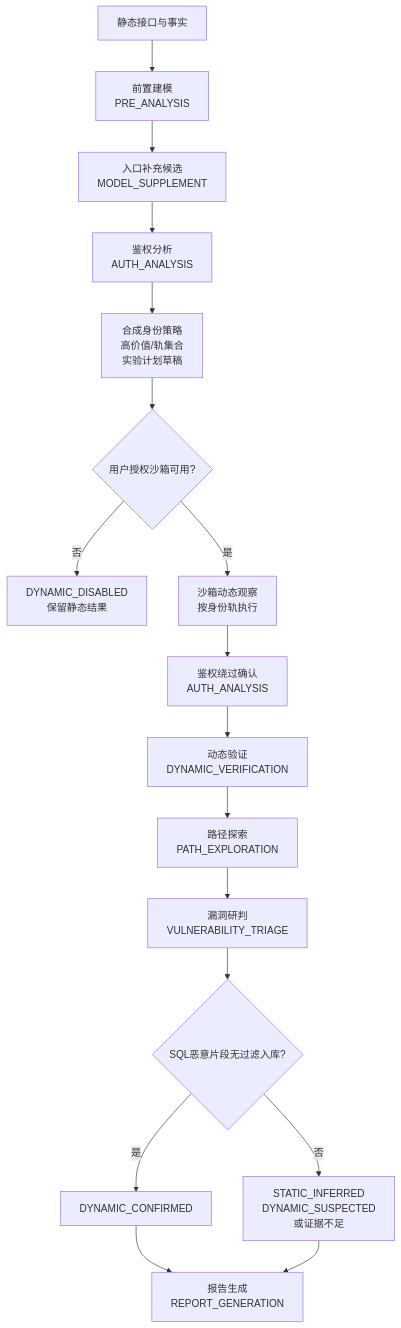
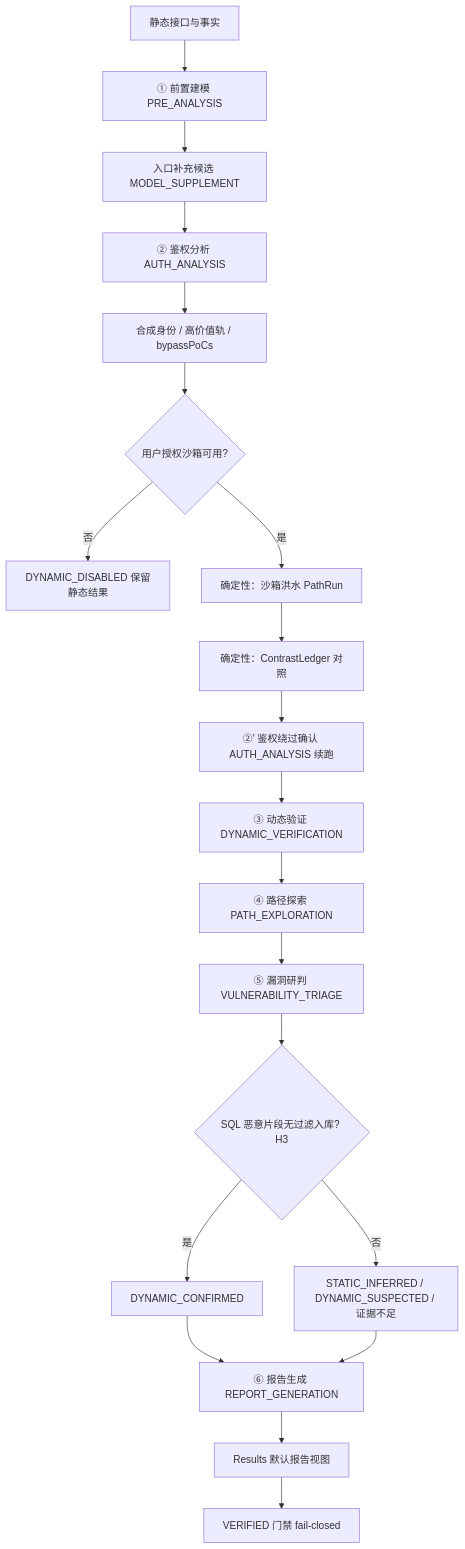
Before and after one commit to pur3w1n3/Veyrion: the diagram in docs/AUDIT_FLOW.md, drawn with Mermaid. The commit also changed other lines of this file and 1 other file, not shown here.

Commit message:
Detail Chinese audit flow with six AI roles and deterministic engines.

````diff
--- a/docs/AUDIT_FLOW.md
+++ b/docs/AUDIT_FLOW.md
@@ -5,19 +5,22 @@
 ```mermaid
 flowchart TD
-    A[静态接口与事实] --> B[前置建模\nPRE_ANALYSIS]
-    B --> B1[入口补充候选\nMODEL_SUPPLEMENT]
-    B1 --> C[鉴权分析\nAUTH_ANALYSIS]
-    C --> C1[合成身份策略\n高价值/轨集合\n实验计划草稿]
+    A[静态接口与事实] --> B[① 前置建模 PRE_ANALYSIS]
+    B --> B1[入口补充候选 MODEL_SUPPLEMENT]
+    B1 --> C[② 鉴权分析 AUTH_ANALYSIS]
+    C --> C1[合成身份 / 高价值轨 / bypassPoCs]
     C1 --> D{用户授权沙箱可用?}
-    D -- 否 --> X[DYNAMIC_DISABLED\n保留静态结果]
-    D -- 是 --> E[沙箱动态观察\n按身份轨执行]
-    E --> F[鉴权绕过确认\nAUTH_ANALYSIS]
-    F --> G[动态验证\nDYNAMIC_VERIFICATION]
-    G --> H[路径探索\nPATH_EXPLORATION]
-    H --> I[漏洞研判\nVULNERABILITY_TRIAGE]
-    I --> J{SQL恶意片段无过滤入库?}
+    D -- 否 --> X[DYNAMIC_DISABLED 保留静态结果]
+    D -- 是 --> E[确定性：沙箱洪水 PathRun]
+    E --> CL[确定性：ContrastLedger 对照]
+    CL --> F[②′ 鉴权绕过确认 AUTH_ANALYSIS 续跑]
+    F --> G[③ 动态验证 DYNAMIC_VERIFICATION]
+    G --> H[④ 路径探索 PATH_EXPLORATION]
+    H --> I[⑤ 漏洞研判 VULNERABILITY_TRIAGE]
+    I --> J{SQL 恶意片段无过滤入库? H3}
     J -- 是 --> K[DYNAMIC_CONFIRMED]
-    J -- 否 --> L[STATIC_INFERRED\nDYNAMIC_SUSPECTED\n或证据不足]
-    K --> M[报告生成\nREPORT_GENERATION]
+    J -- 否 --> L[STATIC_INFERRED / DYNAMIC_SUSPECTED / 证据不足]
+    K --> M[⑥ 报告生成 REPORT_GENERATION]
     L --> M
+    M --> N[Results 默认报告视图]
+    N --> O[VERIFIED 门禁 fail-closed]
 ```
````
